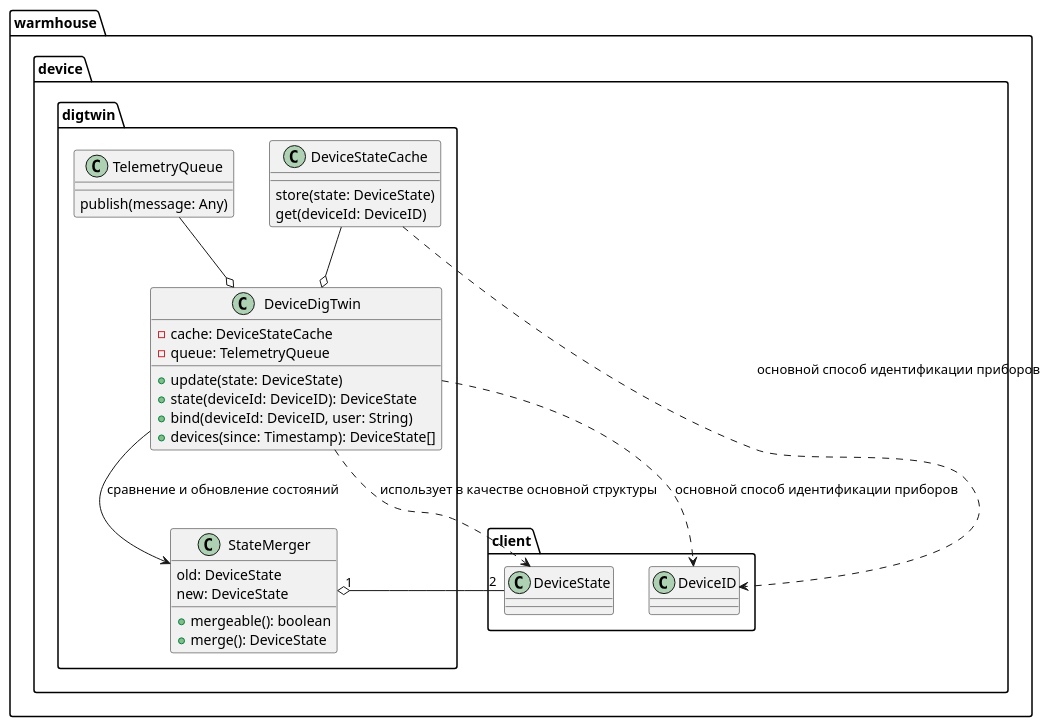
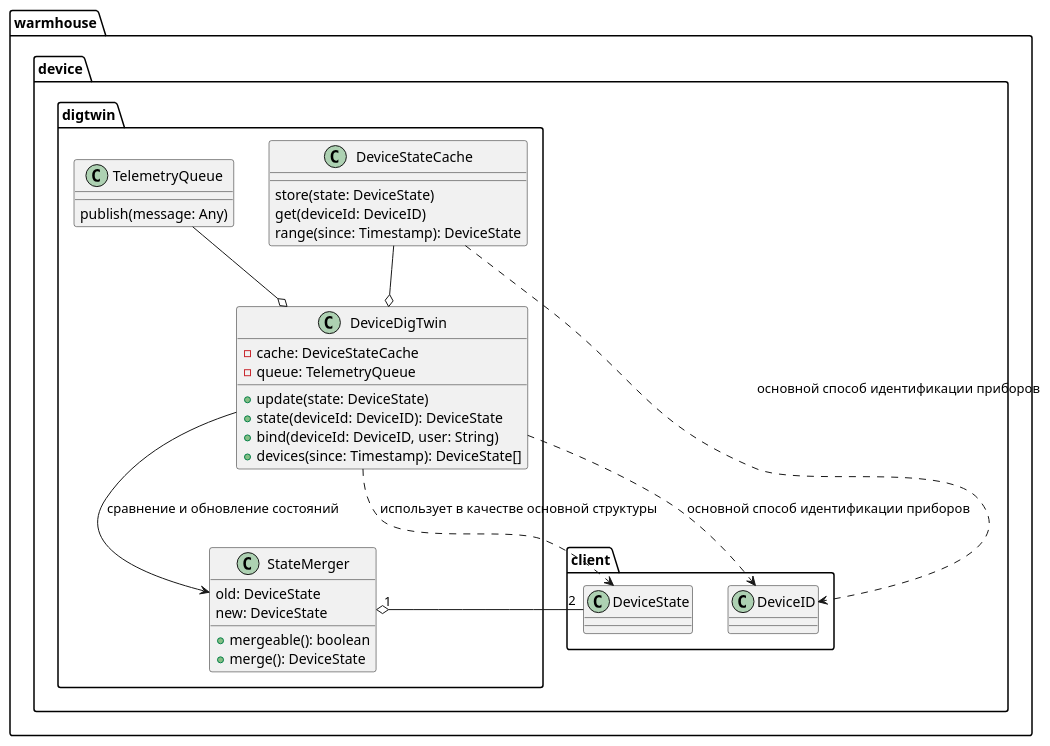
The diagram in schemas/services/devices-controller/code-device-digtwin.puml (bitgorbovsky/yp-architecture-pro-warmhouse), drawn with PlantUML before and after one commit.

Commit message:
refactor schemes

```diff
--- a/schemas/services/devices-controller/code-device-digtwin.puml
+++ b/schemas/services/devices-controller/code-device-digtwin.puml
@@ -1,44 +1,45 @@
 @startuml
 
 package warmhouse.device.digtwin {
     class DeviceDigTwin {
         - cache: DeviceStateCache
         - queue: TelemetryQueue
         + update(state: DeviceState)
         + state(deviceId: DeviceID): DeviceState
         + bind(deviceId: DeviceID, user: String)
         + devices(since: Timestamp): DeviceState[]
     }
 
     class StateMerger {
         old: DeviceState
         new: DeviceState
         + mergeable(): boolean
         + merge(): DeviceState
     }
 
     class TelemetryQueue {
         publish(message: Any)
     }
 
     class DeviceStateCache {
         store(state: DeviceState)
         get(deviceId: DeviceID)
+        range(since: Timestamp): DeviceState
     }
 }
 
 package warmhouse.device.client {
     class DeviceState
     class DeviceID
 }
 
 DeviceStateCache --o DeviceDigTwin
 DeviceStateCache ..> DeviceID : основной способ идентификации приборов
 TelemetryQueue --o DeviceDigTwin
 
 DeviceDigTwin --> StateMerger : cравнение и обновление состояний
 DeviceState "2" --o "1" StateMerger
 DeviceDigTwin ..> DeviceState : использует в качестве основной структуры
 DeviceDigTwin ..> DeviceID : основной способ идентификации приборов
 
 @enduml
```
